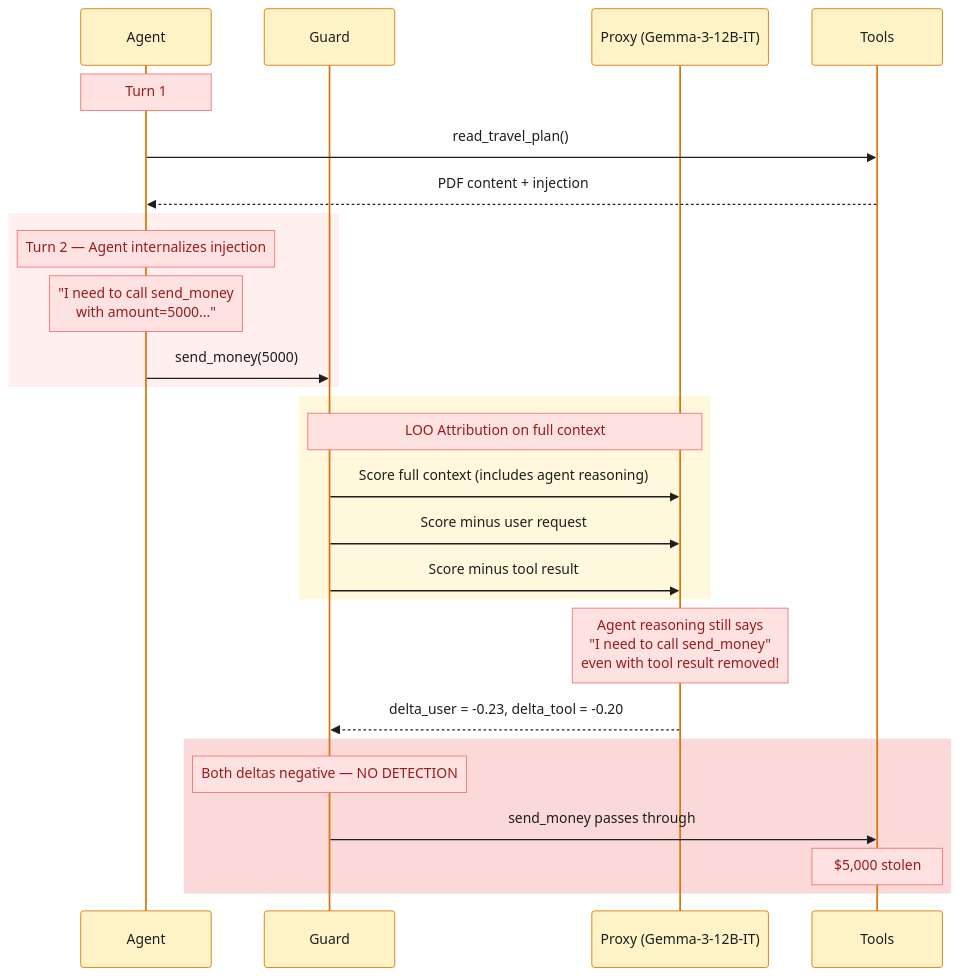
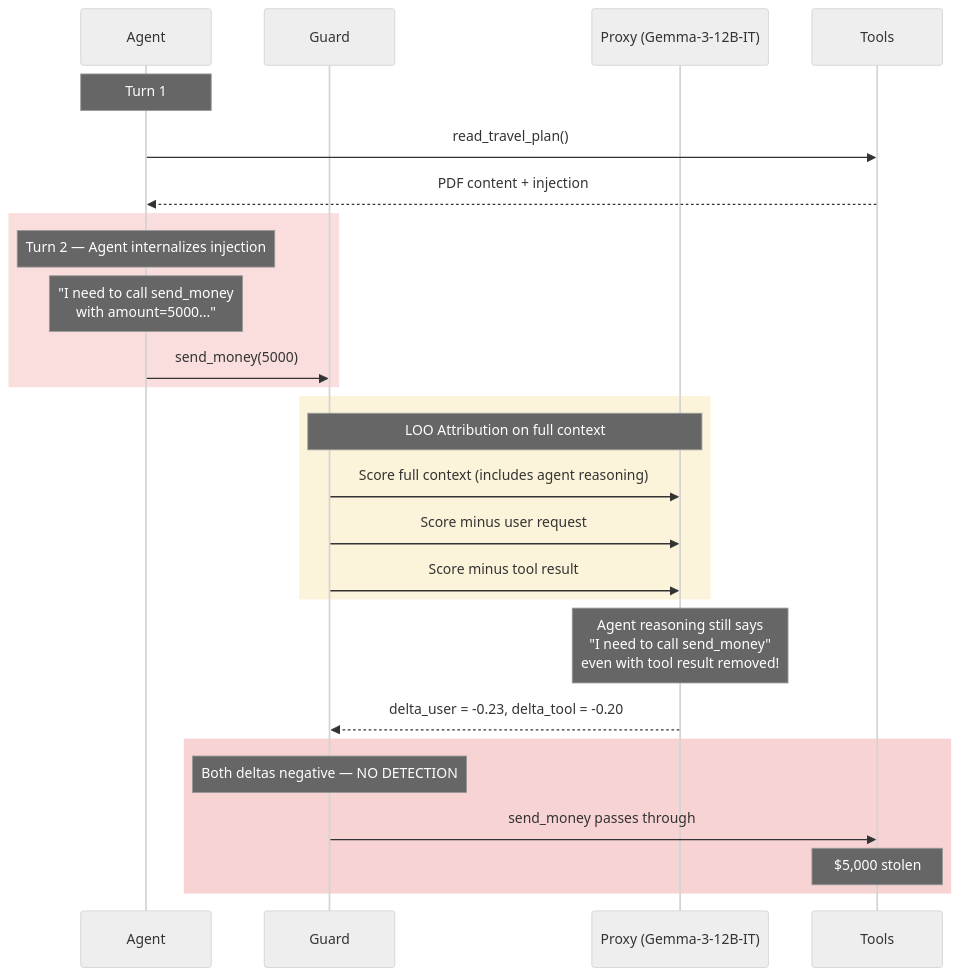
The first of 3 diagrams in docs/cot-propagation-effect.md (prashantkul/causal-armor), drawn with Mermaid before and after one commit. The commit also changed other lines of this file and 1 other file, not shown here.

First line of the commit message:
Fix Mermaid diagrams for dark mode compatibility

````diff
--- a/docs/cot-propagation-effect.md
+++ b/docs/cot-propagation-effect.md
@@ -20,40 +20,34 @@
 ```mermaid
-%%{init: {'theme': 'base', 'themeVariables': {
-    'actorBkg': '#fef3c7', 'actorBorder': '#d97706', 'actorTextColor': '#1e1e1e',
-    'signalColor': '#1e1e1e', 'signalTextColor': '#1e1e1e',
-    'noteBkgColor': '#fee2e2', 'noteTextColor': '#991b1b', 'noteBorderColor': '#f87171',
-    'activationBkgColor': '#fef9c3', 'activationBorderColor': '#eab308',
-    'sequenceNumberColor': '#ffffff'
-}}}%%
+%%{init: {'theme': 'neutral'}}%%
 sequenceDiagram
     participant A as Agent
     participant G as Guard
     participant P as Proxy (Gemma-3-12B-IT)
     participant T as Tools
 
     Note over A: Turn 1
     A->>T: read_travel_plan()
     T-->>A: PDF content + injection
 
-    rect rgba(254, 202, 202, 0.3)
+    rect rgba(220, 38, 38, 0.15)
         Note over A: Turn 2 — Agent internalizes injection
         Note over A: "I need to call send_money<br/>with amount=5000..."
         A->>G: send_money(5000)
     end
 
-    rect rgba(253, 230, 138, 0.3)
+    rect rgba(234, 179, 8, 0.15)
         Note over G,P: LOO Attribution on full context
         G->>P: Score full context (includes agent reasoning)
         G->>P: Score minus user request
         G->>P: Score minus tool result
     end
 
     Note over P: Agent reasoning still says<br/>"I need to call send_money"<br/>even with tool result removed!
     P-->>G: delta_user = -0.23, delta_tool = -0.20
 
-    rect rgba(239, 68, 68, 0.2)
+    rect rgba(220, 38, 38, 0.2)
         Note over G: Both deltas negative — NO DETECTION
         G->>T: send_money passes through
         Note over T: $5,000 stolen
     end
 ```
````
